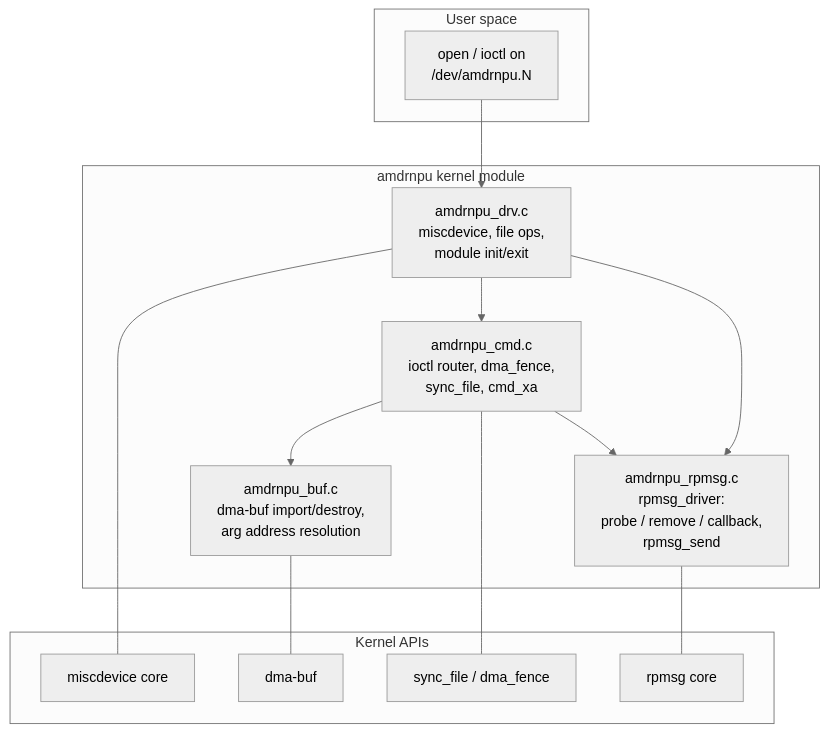
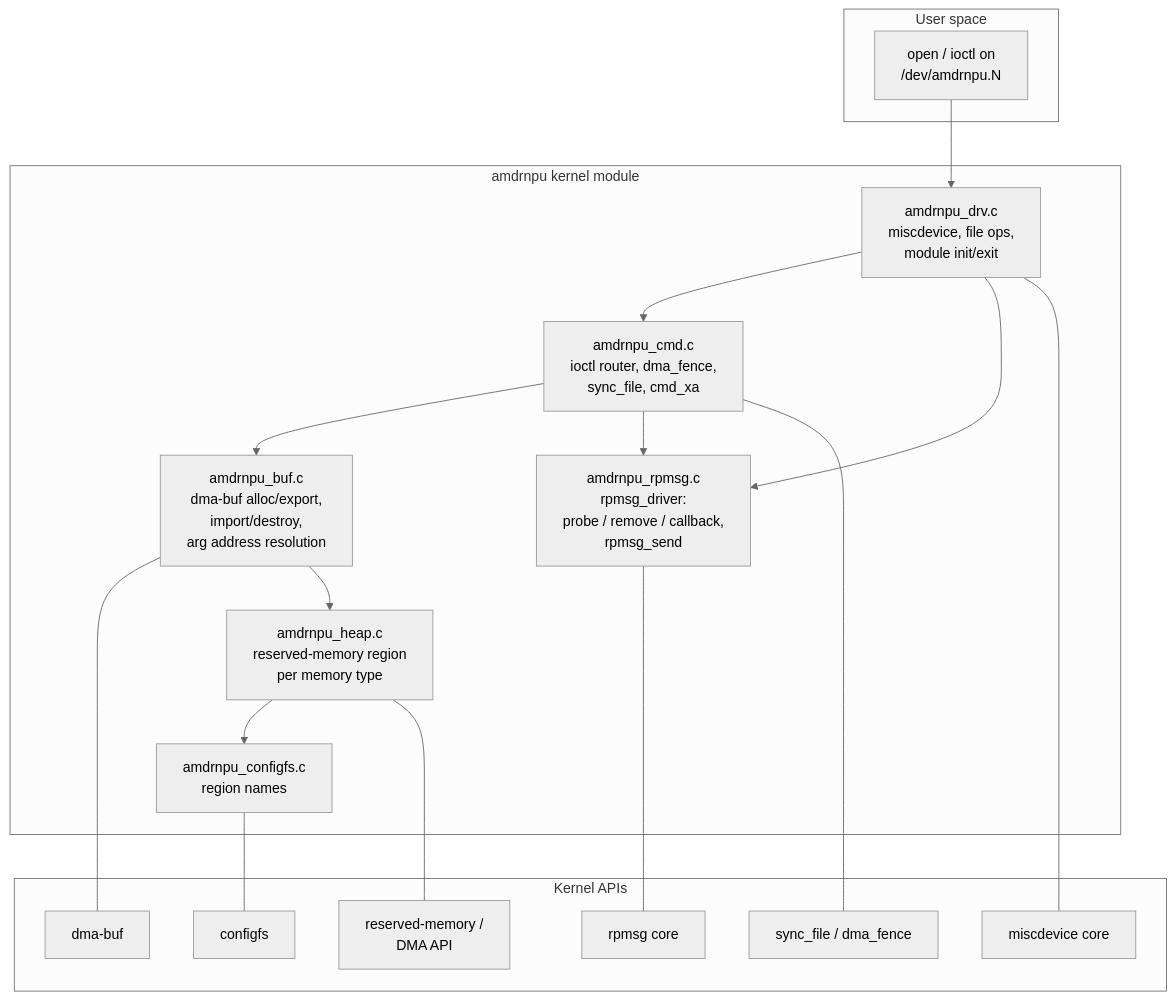
One commit to Xilinx/amdrnpu changed the second of 3 diagrams in docs/architecture.md. Above: the diagram before and after it, drawn with Mermaid (neutral theme). The commit also changed other lines of this file and 7 other files, not shown here.

````diff
--- a/docs/architecture.md
+++ b/docs/architecture.md
@@ -73,30 +77,38 @@
 ```mermaid
 flowchart TB
     subgraph User["User space"]
         FOPS["open / ioctl on<br/>/dev/amdrnpu.N"]
     end
 
     subgraph TESS["amdrnpu kernel module"]
         DRV["amdrnpu_drv.c<br/>miscdevice, file ops,<br/>module init/exit"]
         RPMSG["amdrnpu_rpmsg.c<br/>rpmsg_driver:<br/>probe / remove / callback,<br/>rpmsg_send"]
         CMD["amdrnpu_cmd.c<br/>ioctl router, dma_fence,<br/>sync_file, cmd_xa"]
-        BUF["amdrnpu_buf.c<br/>dma-buf import/destroy,<br/>arg address resolution"]
+        BUF["amdrnpu_buf.c<br/>dma-buf alloc/export,<br/>import/destroy,<br/>arg address resolution"]
+        HEAPC["amdrnpu_heap.c<br/>reserved-memory region<br/>per memory type"]
+        CFGFS["amdrnpu_configfs.c<br/>region names"]
     end
 
     subgraph KAPI["Kernel APIs"]
         MISCC["miscdevice core"]
         DMABUF["dma-buf"]
         SYNCF["sync_file / dma_fence"]
         RPMSGC["rpmsg core"]
+        RMEM["reserved-memory /<br/>DMA API"]
+        CFGC["configfs"]
     end
 
     FOPS --> DRV
     DRV --> CMD
     DRV --> RPMSG
     CMD --> BUF
     CMD --> RPMSG
     CMD --- SYNCF
     BUF --- DMABUF
+    BUF --> HEAPC
+    HEAPC --> CFGFS
+    HEAPC --- RMEM
+    CFGFS --- CFGC
     DRV --- MISCC
     RPMSG --- RPMSGC
 ```
````
